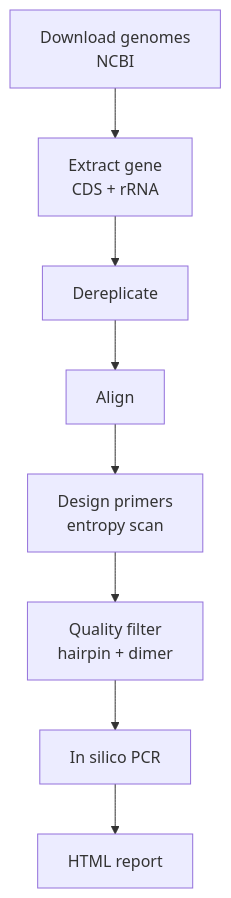
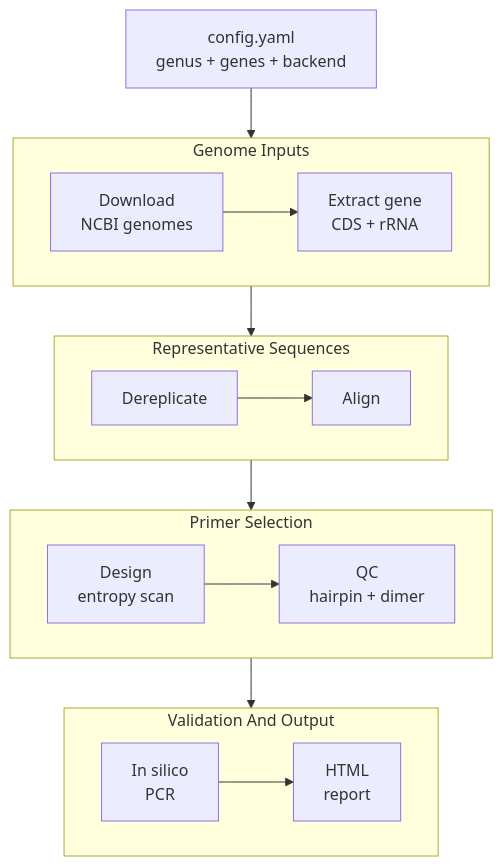
The diagram in README.md (Xinming9606/AmPrime), drawn with Mermaid before and after one commit. The commit also changed other lines of this file and 4 other files, not shown here.

````diff
--- a/README.md
+++ b/README.md
@@ -29,10 +36,29 @@
 ```mermaid
 flowchart TD
-    A[Download genomes<br/>NCBI] --> B[Extract gene<br/>CDS + rRNA]
-    B --> C[Dereplicate]
-    C --> D[Align]
-    D --> E[Design primers<br/>entropy scan]
-    E --> F[Quality filter<br/>hairpin + dimer]
-    F --> G[In silico PCR]
-    G --> H[HTML report]
+    CFG[config.yaml<br/>genus + genes + backend]
+
+    subgraph S1[Genome Inputs]
+        direction LR
+        A[Download<br/>NCBI genomes] --> B[Extract gene<br/>CDS + rRNA]
+    end
+
+    subgraph S2[Representative Sequences]
+        direction LR
+        C[Dereplicate] --> D[Align]
+    end
+
+    subgraph S3[Primer Selection]
+        direction LR
+        E[Design<br/>entropy scan] --> F[QC<br/>hairpin + dimer]
+    end
+
+    subgraph S4[Validation And Output]
+        direction LR
+        G[In silico<br/>PCR] --> H[HTML<br/>report]
+    end
+
+    CFG --> A
+    B --> C
+    D --> E
+    F --> G
 ```
````
